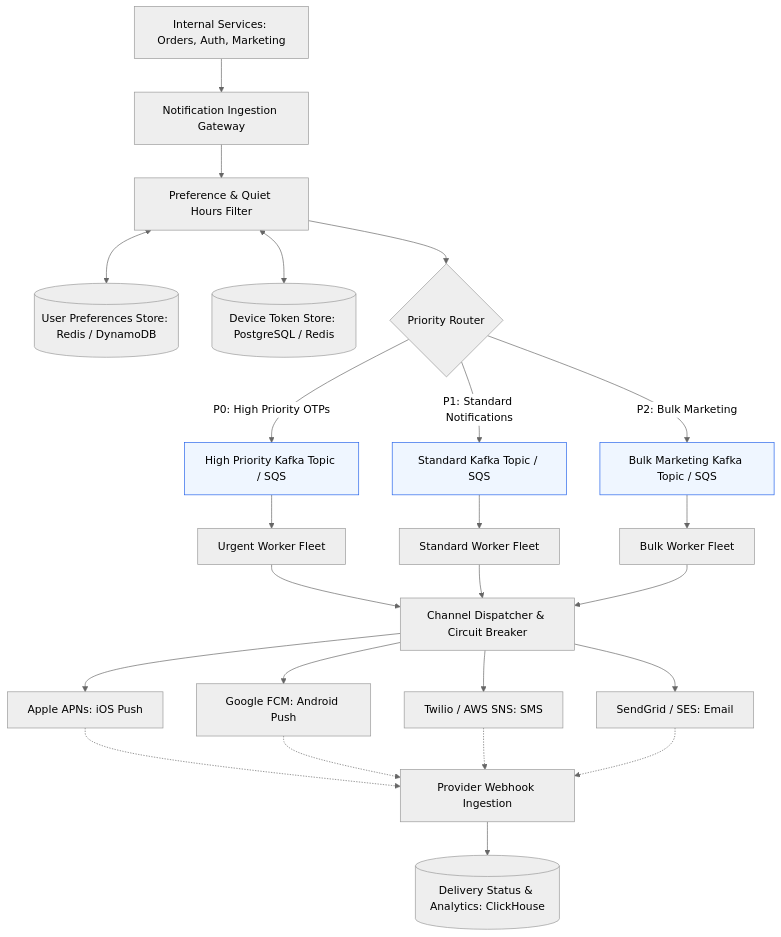
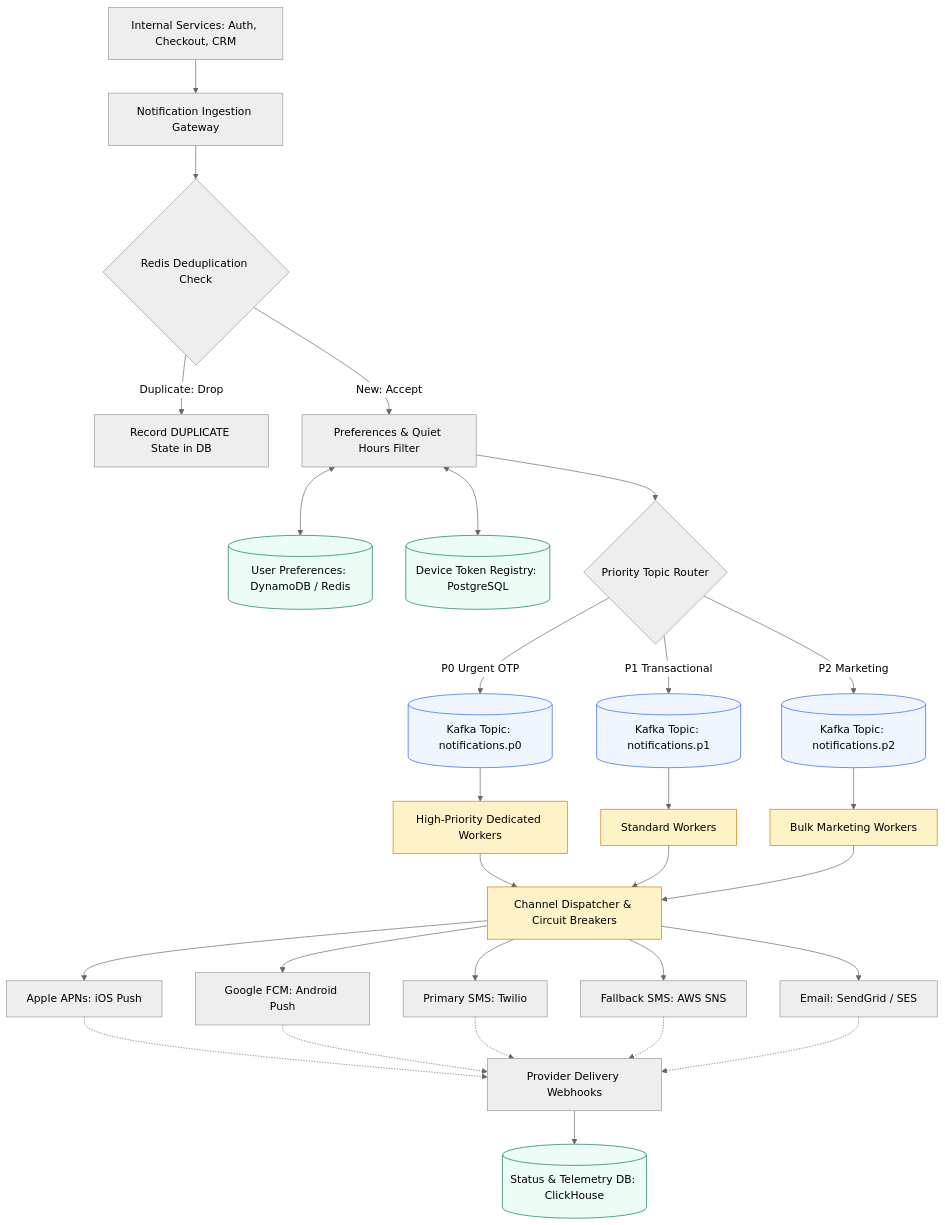
The second of 4 diagrams in 05-real-world-case-studies/02-notification-engine.md (kvai9826/system-design-for-program-managers), drawn with Mermaid (neutral theme) before and after one commit. The commit also changed other lines of this file and 30 other files, not shown here.

````diff
--- a/05-real-world-case-studies/02-notification-engine.md
+++ b/05-real-world-case-studies/02-notification-engine.md
@@ -31,33 +85,39 @@
 ```mermaid
 flowchart TD
-    Client[Internal Services: Orders, Auth, Marketing] --> IngestAPI[Notification Ingestion Gateway]
+    ClientApps[Internal Services: Auth, Checkout, CRM] --> IngestGW[Notification Ingestion Gateway]
     
-    IngestAPI --> PrefEngine[Preference & Quiet Hours Filter]
-    PrefEngine <--> PrefDB[(User Preferences Store: Redis / DynamoDB)]
-    PrefEngine <--> DeviceDB[(Device Token Store: PostgreSQL / Redis)]
+    IngestGW --> DedupCheck{Redis Deduplication Check}
+    DedupCheck -->|Duplicate: Drop| DropLog[Record DUPLICATE State in DB]
+    DedupCheck -->|New: Accept| PrefFilter[Preferences & Quiet Hours Filter]
     
-    PrefEngine --> PriorityRouter{Priority Router}
+    PrefFilter <--> UserPrefStore[(User Preferences: DynamoDB / Redis)]
+    PrefFilter <--> DeviceTokenStore[(Device Token Registry: PostgreSQL)]
     
-    PriorityRouter -->|P0: High Priority OTPs| Q_High[High Priority Kafka Topic / SQS]
-    PriorityRouter -->|P1: Standard Notifications| Q_Med[Standard Kafka Topic / SQS]
-    PriorityRouter -->|P2: Bulk Marketing| Q_Low[Bulk Marketing Kafka Topic / SQS]
+    PrefFilter --> PriorityRouter{Priority Topic Router}
+    
+    PriorityRouter -->|P0 Urgent OTP| KafkaP0[(Kafka Topic: notifications.p0)]
+    PriorityRouter -->|P1 Transactional| KafkaP1[(Kafka Topic: notifications.p1)]
+    PriorityRouter -->|P2 Marketing| KafkaP2[(Kafka Topic: notifications.p2)]
 
-    Q_High --> WorkerHigh[Urgent Worker Fleet]
-    Q_Med --> WorkerMed[Standard Worker Fleet]
-    Q_Low --> WorkerLow[Bulk Worker Fleet]
+    KafkaP0 --> WorkerP0[High-Priority Dedicated Workers]
+    KafkaP1 --> WorkerP1[Standard Workers]
+    KafkaP2 --> WorkerP2[Bulk Marketing Workers]
 
-    WorkerHigh & WorkerMed & WorkerLow --> Dispatcher[Channel Dispatcher & Circuit Breaker]
+    WorkerP0 & WorkerP1 & WorkerP2 --> Dispatcher[Channel Dispatcher & Circuit Breakers]
 
     Dispatcher --> APNS[Apple APNs: iOS Push]
     Dispatcher --> FCM[Google FCM: Android Push]
-    Dispatcher --> SMS[Twilio / AWS SNS: SMS]
-    Dispatcher --> Email[SendGrid / SES: Email]
+    Dispatcher --> SMSPrimary[Primary SMS: Twilio]
+    Dispatcher --> SMSFallback[Fallback SMS: AWS SNS]
+    Dispatcher --> EmailPrimary[Email: SendGrid / SES]
 
-    APNS & FCM & SMS & Email -.-> Webhooks[Provider Webhook Ingestion]
-    Webhooks --> StatusDB[(Delivery Status & Analytics: ClickHouse)]
+    APNS & FCM & SMSPrimary & SMSFallback & EmailPrimary -.-> Webhooks[Provider Delivery Webhooks]
+    Webhooks --> StatusStore[(Status & Telemetry DB: ClickHouse)]
 
     classDef qStyle fill:#eff6ff,stroke:#2563eb,stroke-width:1px;
-    class DefDB fill:#ecfdf5,stroke:#047857,stroke-width:1px;
-    class Q_High,Q_Med,Q_Low qStyle;
-    class PrefDB,DeviceDB,StatusDB DefDB;
+    classDef dbStyle fill:#ecfdf5,stroke:#047857,stroke-width:1px;
+    classDef appStyle fill:#fef3c7,stroke:#d97706,stroke-width:1px;
+    class KafkaP0,KafkaP1,KafkaP2 qStyle;
+    class UserPrefStore,DeviceTokenStore,StatusStore dbStyle;
+    class WorkerP0,WorkerP1,WorkerP2,Dispatcher appStyle;
 ```
````
